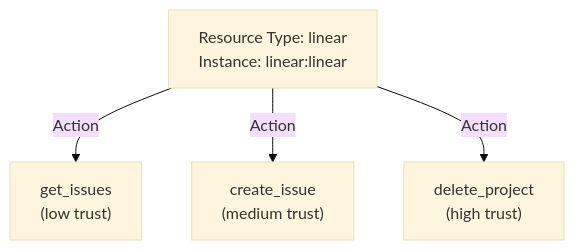
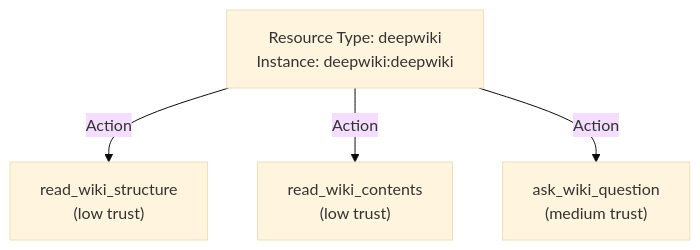
One commit to permitio/docs changed the first of 6 diagrams in docs/permit-mcp-gateway/permit-integration.mdx. Above: the diagram before and after it, drawn with Mermaid (base theme). The commit also changed other lines of this file and 126 other files, not shown here.

````diff
--- a/docs/permit-mcp-gateway/permit-integration.mdx
+++ b/docs/permit-mcp-gateway/permit-integration.mdx
@@ -65,7 +67,7 @@
 ```mermaid
 graph TD
-    Server["Resource Type: linear<br/>Instance: linear:linear"]
-    Server --"Action"--> T1["get_issues<br/>(low trust)"]
-    Server --"Action"--> T2["create_issue<br/>(medium trust)"]
-    Server --"Action"--> T3["delete_project<br/>(high trust)"]
+    Server["Resource Type: deepwiki<br/>Instance: deepwiki:deepwiki"]
+    Server --"Action"--> T1["read_wiki_structure<br/>(low trust)"]
+    Server --"Action"--> T2["read_wiki_contents<br/>(low trust)"]
+    Server --"Action"--> T3["ask_wiki_question<br/>(medium trust)"]
 ```
````
